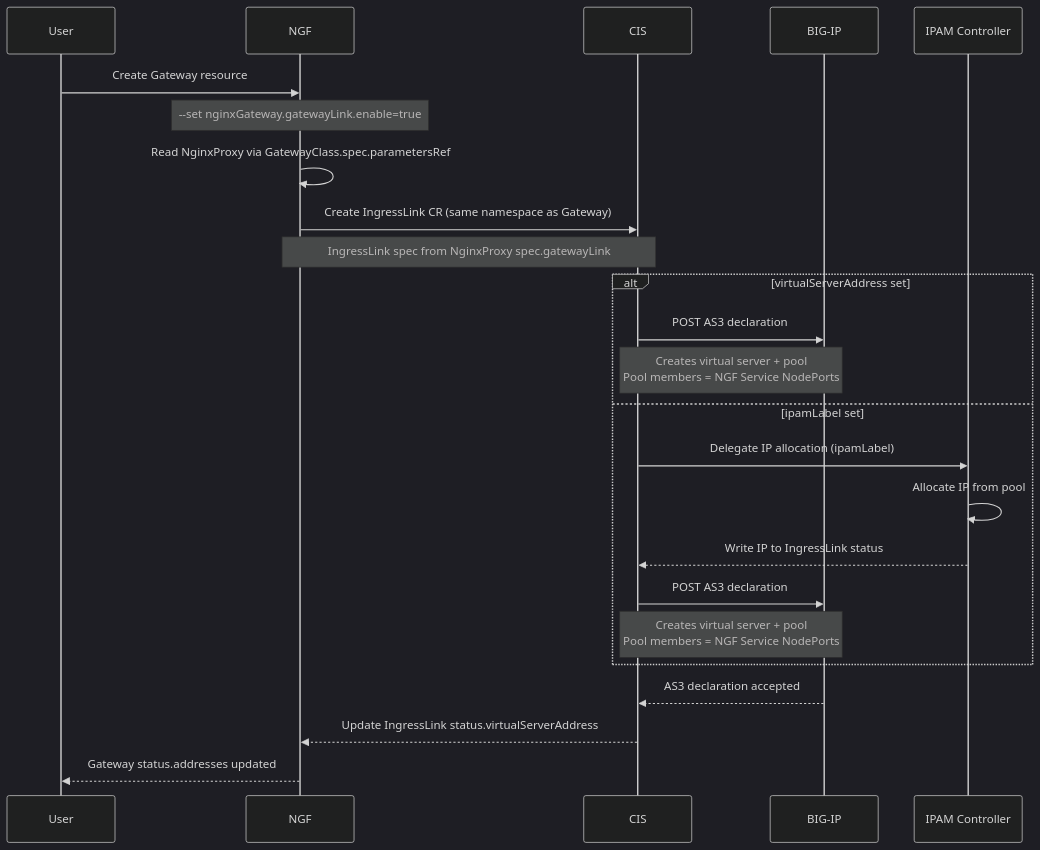
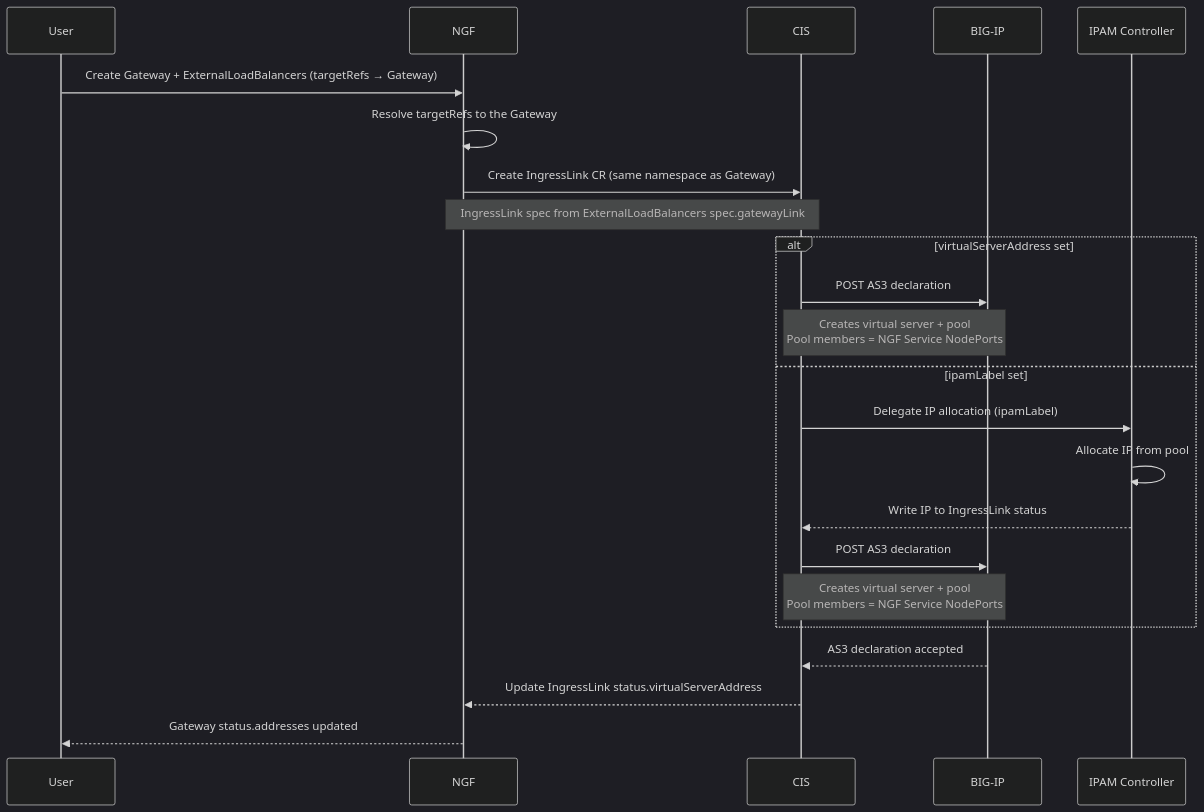
One commit to nginx/nginx-gateway-fabric changed the first of 2 diagrams in docs/proposals/gateway-link.md. Above: the diagram before and after it, drawn with Mermaid (dark theme). The commit also changed other lines of this file, not shown here.

Commit message:
update external load balancers to a seperate CRD

````diff
--- a/docs/proposals/gateway-link.md
+++ b/docs/proposals/gateway-link.md
@@ -34,29 +34,28 @@
 ```mermaid
 sequenceDiagram
     participant User
     participant NGF
     participant CIS
     participant BIGIP as BIG-IP
     participant IPAM as IPAM Controller
 
-    User->>NGF: Create Gateway resource
-    Note over NGF: --set nginxGateway.gatewayLink.enable=true
-    NGF->>NGF: Read NginxProxy via GatewayClass.spec.parametersRef
+    User->>NGF: Create Gateway + ExternalLoadBalancers (targetRefs → Gateway)
+    NGF->>NGF: Resolve targetRefs to the Gateway
     NGF->>CIS: Create IngressLink CR (same namespace as Gateway)
-    Note over NGF,CIS: IngressLink spec from NginxProxy spec.gatewayLink
+    Note over NGF,CIS: IngressLink spec from ExternalLoadBalancers spec.gatewayLink
 
     alt virtualServerAddress set
         CIS->>BIGIP: POST AS3 declaration
         Note over CIS,BIGIP: Creates virtual server + pool<br/>Pool members = NGF Service NodePorts
     else ipamLabel set
         CIS->>IPAM: Delegate IP allocation (ipamLabel)
         IPAM->>IPAM: Allocate IP from pool
         IPAM-->>CIS: Write IP to IngressLink status
         CIS->>BIGIP: POST AS3 declaration
         Note over CIS,BIGIP: Creates virtual server + pool<br/>Pool members = NGF Service NodePorts
     end
 
     BIGIP-->>CIS: AS3 declaration accepted
     CIS-->>NGF: Update IngressLink status.virtualServerAddress
     NGF-->>User: Gateway status.addresses updated
 ```
````
